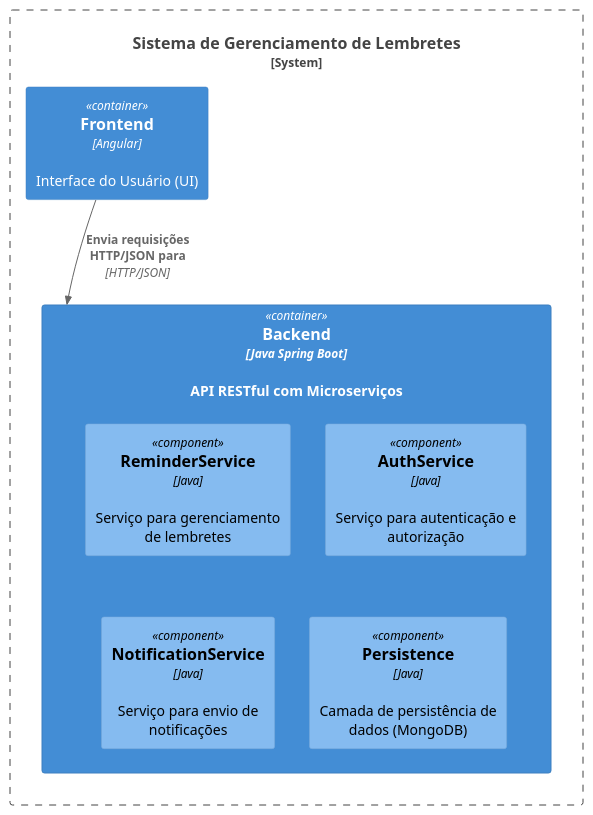
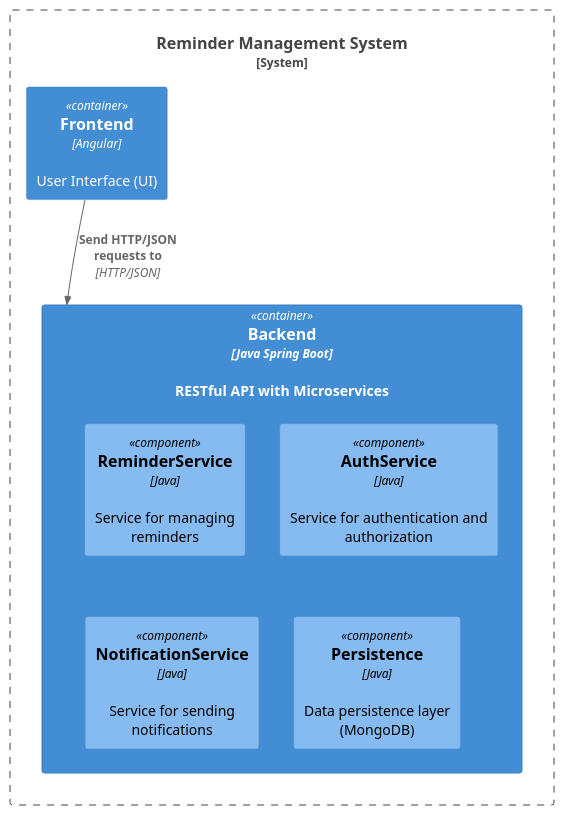
Before and after one commit to D0UGUR4SU/reminder: the diagram in docs/diagrams/component_level.puml, drawn with PlantUML. The commit also changed 2 other files, not shown here.

Commit message:
Changing diagrams to English

```diff
--- a/docs/diagrams/component_level.puml
+++ b/docs/diagrams/component_level.puml
@@ -1,16 +1,16 @@
 @startuml
 !include https://raw.githubusercontent.com/plantuml-stdlib/C4-PlantUML/master/C4_Component.puml
 !include https://raw.githubusercontent.com/plantuml-stdlib/C4-PlantUML/master/C4_Container.puml
 
-System_Boundary(Sistema, "Sistema de Gerenciamento de Lembretes") {
-    Container(Backend, "Backend", "Java Spring Boot", "API RESTful com Microserviços") {
-        Component(ReminderService, "ReminderService", "Java", "Serviço para gerenciamento de lembretes")
-        Component(AuthService, "AuthService", "Java", "Serviço para autenticação e autorização")
-        Component(NotificationService, "NotificationService", "Java", "Serviço para envio de notificações")
-        Component(Persistence, "Persistence", "Java", "Camada de persistência de dados (MongoDB)")
+System_Boundary(System, "Reminder Management System") {
+    Container(Backend, "Backend", "Java Spring Boot", "RESTful API with Microservices") {
+        Component(ReminderService, "ReminderService", "Java", "Service for managing reminders")
+        Component(AuthService, "AuthService", "Java", "Service for authentication and authorization")
+        Component(NotificationService, "NotificationService", "Java", "Service for sending notifications")
+        Component(Persistence, "Persistence", "Java", "Data persistence layer (MongoDB)")
     }
-    Container(Frontend, "Frontend", "Angular", "Interface do Usuário (UI)")
+    Container(Frontend, "Frontend", "Angular", "User Interface (UI)")
 }
 
-Rel(Frontend, Backend, "Envia requisições HTTP/JSON para", "HTTP/JSON")
+Rel(Frontend, Backend, "Send HTTP/JSON requests to", "HTTP/JSON")
 @enduml
```
